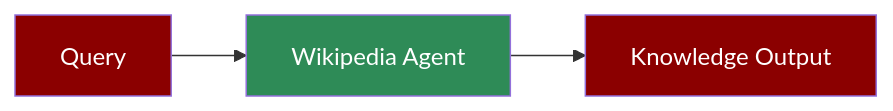
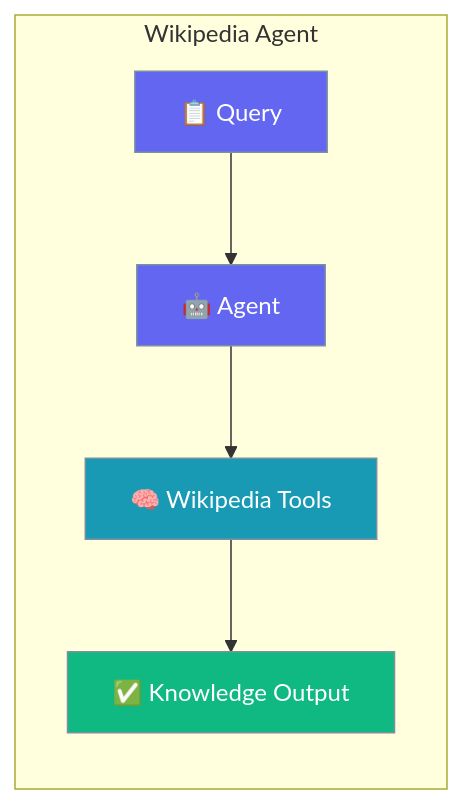
Before and after one commit to MervinPraison/PraisonAIDocs: the first of 2 diagrams in docs/agents/wikipedia.mdx, drawn with Mermaid. The commit also changed other lines of this file and 1 other file, not shown here.

Commit message:
docs: AGENTS.md compliance for websearch, wikipedia agents (#1733)

````diff
--- a/docs/agents/wikipedia.mdx
+++ b/docs/agents/wikipedia.mdx
@@ -8,9 +23,16 @@
 ```mermaid
-flowchart LR
-    In[Query] --> Agent[Wikipedia Agent]
-    Agent --> Out[Knowledge Output]
-    
-    style In fill:#8B0000,color:#fff
-    style Agent fill:#2E8B57,color:#fff
-    style Out fill:#8B0000,color:#fff
+graph LR
+    subgraph "Wikipedia Agent"
+        User[📋 Query] --> Agent[🤖 Agent]
+        Agent --> Tools[🧠 Wikipedia Tools]
+        Tools --> Result[✅ Knowledge Output]
+    end
+
+    classDef input fill:#6366F1,stroke:#7C90A0,color:#fff
+    classDef process fill:#189AB4,stroke:#7C90A0,color:#fff
+    classDef output fill:#10B981,stroke:#7C90A0,color:#fff
+
+    class User,Agent input
+    class Tools process
+    class Result output
 ```
````
